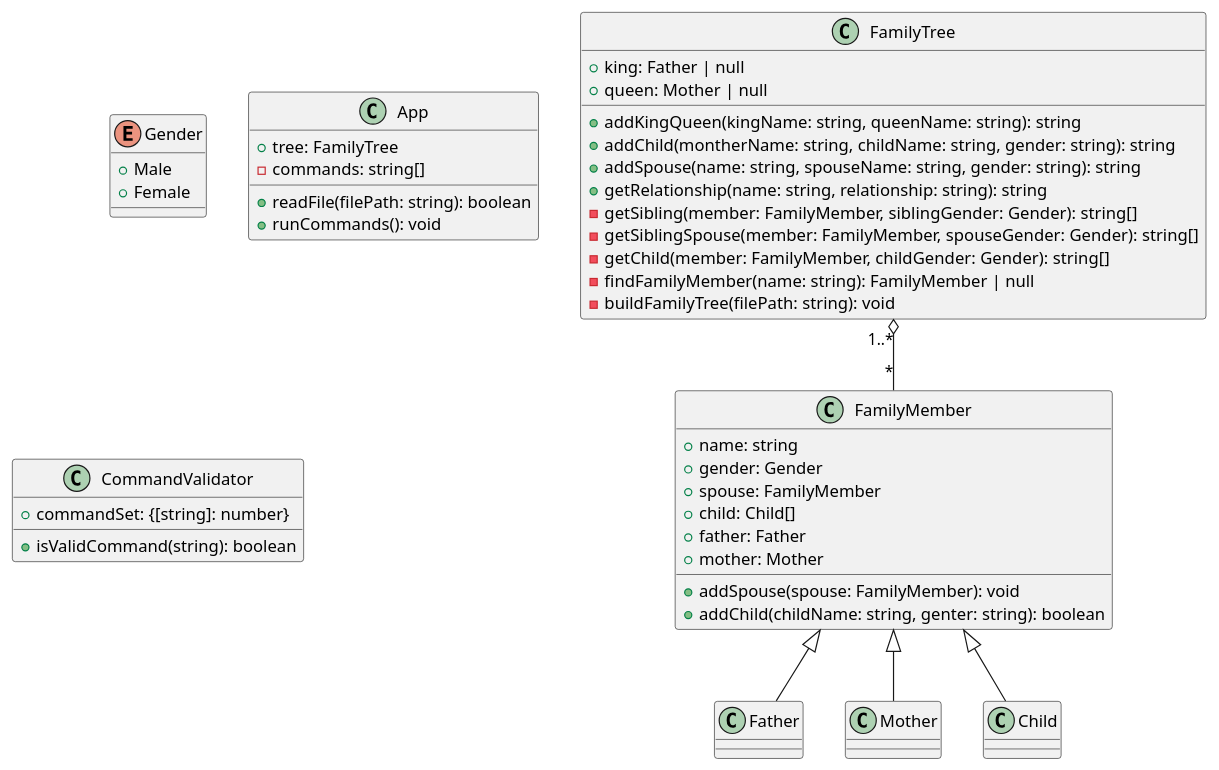
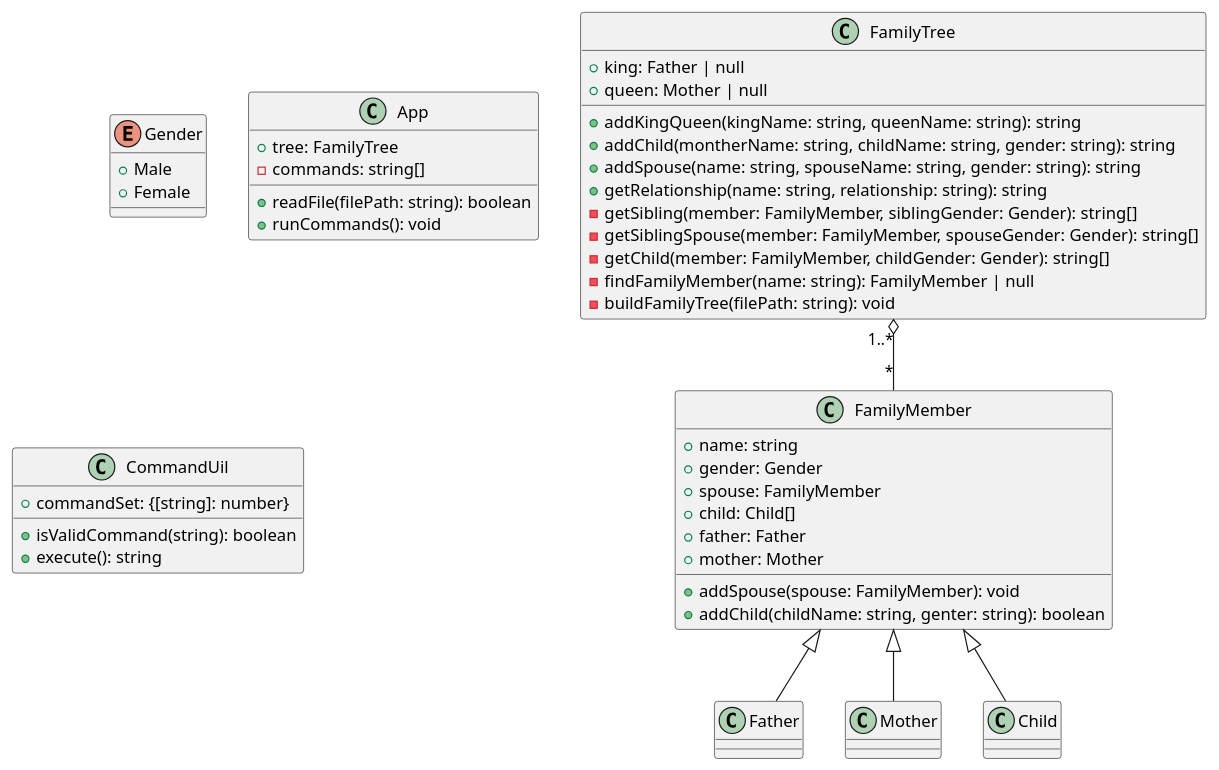
One commit to evaou/family-tree changed the diagram in uml/class-diagram.puml. Above: the diagram before and after it, drawn with PlantUML. The commit also changed 4 other files, not shown here.

```diff
--- a/uml/class-diagram.puml
+++ b/uml/class-diagram.puml
@@ -1,60 +1,63 @@
 @startuml class diagram
 
 enum Gender {
     +Male
     +Female
 }
 
 class App {
     +tree: FamilyTree
     -commands: string[]
     +readFile(filePath: string): boolean
     +runCommands(): void
 }
 
-class CommandValidator {
+class CommandUil {
     +commandSet: {[string]: number}
     +isValidCommand(string): boolean
+    +execute(): string
 }
+
+
 
 class FamilyTree {
     +king: Father | null
     +queen: Mother | null
     +addKingQueen(kingName: string, queenName: string): string 
     +addChild(montherName: string, childName: string, gender: string): string
     +addSpouse(name: string, spouseName: string, gender: string): string
     +getRelationship(name: string, relationship: string): string
     -getSibling(member: FamilyMember, siblingGender: Gender): string[]
     -getSiblingSpouse(member: FamilyMember, spouseGender: Gender): string[]
     -getChild(member: FamilyMember, childGender: Gender): string[]
     -findFamilyMember(name: string): FamilyMember | null
     -buildFamilyTree(filePath: string): void 
 }
 
 class FamilyMember {
     +name: string
     +gender: Gender
     +spouse: FamilyMember
     +child: Child[]
     +father: Father
     +mother: Mother
     +addSpouse(spouse: FamilyMember): void
     +addChild(childName: string, genter: string): boolean
 }
 
 class Father {
 }
 
 class Mother {
 }
 
 class Child {
 }
 
 FamilyTree "1..*" o-- "*" FamilyMember
 
 FamilyMember <|-- Father
 FamilyMember <|--  Mother
 FamilyMember <|--  Child
 
 @enduml
```
